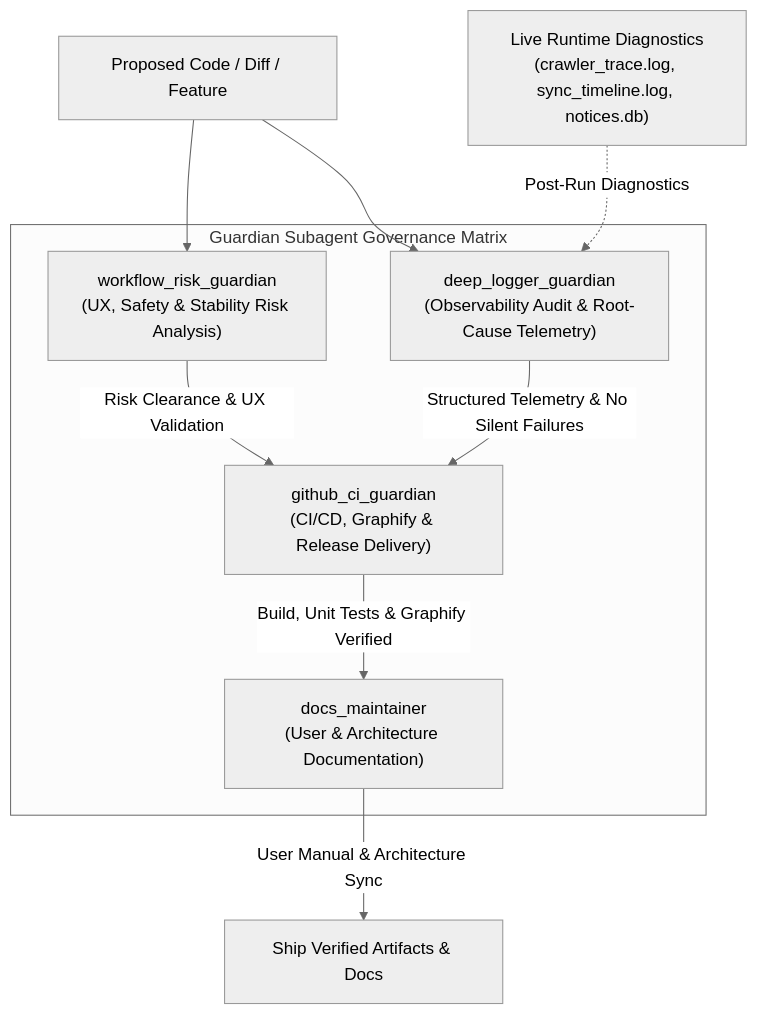
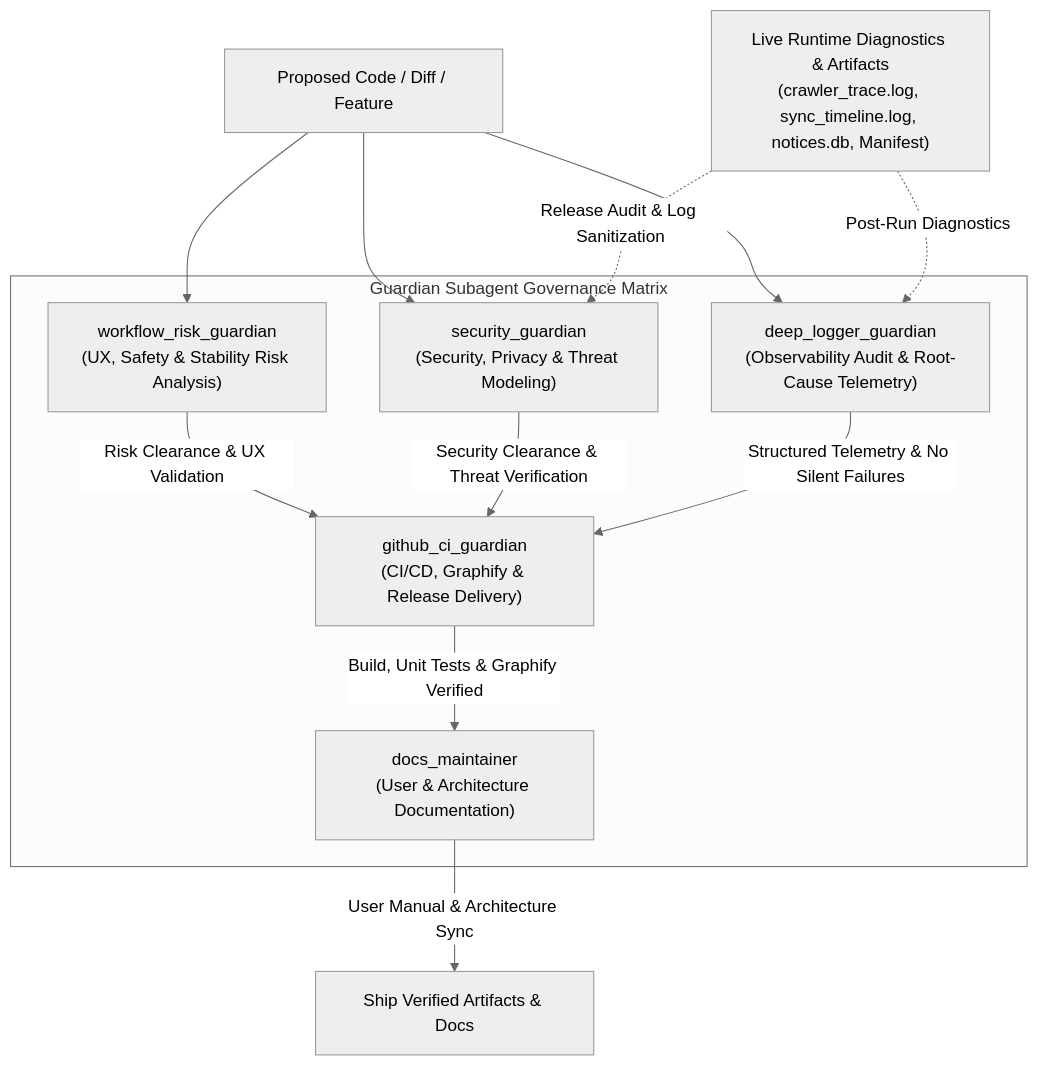
The ninth of 9 diagrams in docs/TECHNICAL_ARCHITECTURE.md (daarshnicsanjeev/K.I.D.S), drawn with Mermaid (neutral theme) before and after one commit. The commit also changed other lines of this file and 7 other files, not shown here.

Commit message:
feat(governance): establish security_guardian subagent for threat modeling, privacy & security auditing

````diff
--- a/docs/TECHNICAL_ARCHITECTURE.md
+++ b/docs/TECHNICAL_ARCHITECTURE.md
@@ -1117,18 +1117,22 @@
 ```mermaid
 flowchart TD
     subgraph MATRIX["Guardian Subagent Governance Matrix"]
         WRG["workflow_risk_guardian<br/>(UX, Safety & Stability Risk Analysis)"]
+        SEC["security_guardian<br/>(Security, Privacy & Threat Modeling)"]
         DLG["deep_logger_guardian<br/>(Observability Audit & Root-Cause Telemetry)"]
         CIG["github_ci_guardian<br/>(CI/CD, Graphify & Release Delivery)"]
         DOC["docs_maintainer<br/>(User & Architecture Documentation)"]
     end
 
     CODE["Proposed Code / Diff / Feature"] --> WRG
+    CODE --> SEC
     CODE --> DLG
     WRG -->|Risk Clearance & UX Validation| CIG
+    SEC -->|Security Clearance & Threat Verification| CIG
     DLG -->|Structured Telemetry & No Silent Failures| CIG
     CIG -->|Build, Unit Tests & Graphify Verified| DOC
     DOC -->|User Manual & Architecture Sync| RELEASE["Ship Verified Artifacts & Docs"]
 
-    RUNTIME["Live Runtime Diagnostics<br/>(crawler_trace.log, sync_timeline.log, notices.db)"] -.->|Post-Run Diagnostics| DLG
+    RUNTIME["Live Runtime Diagnostics & Artifacts<br/>(crawler_trace.log, sync_timeline.log, notices.db, Manifest)"] -.->|Post-Run Diagnostics| DLG
+    RUNTIME -.->|Release Audit & Log Sanitization| SEC
 ```
````
